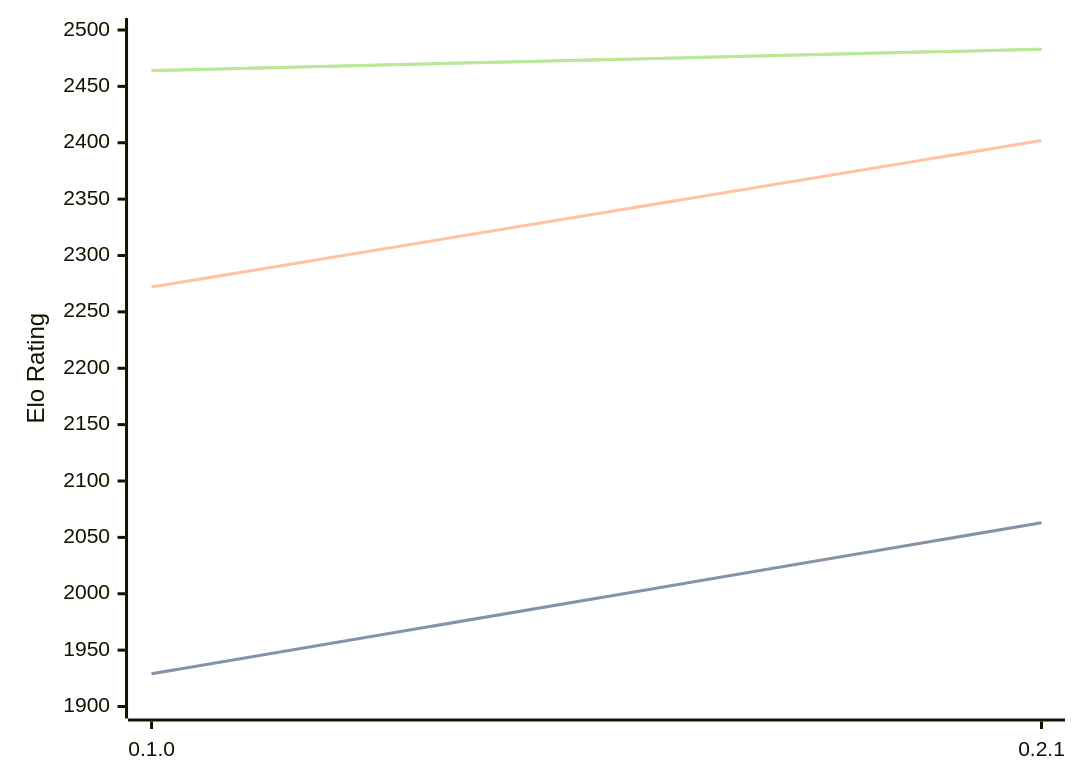
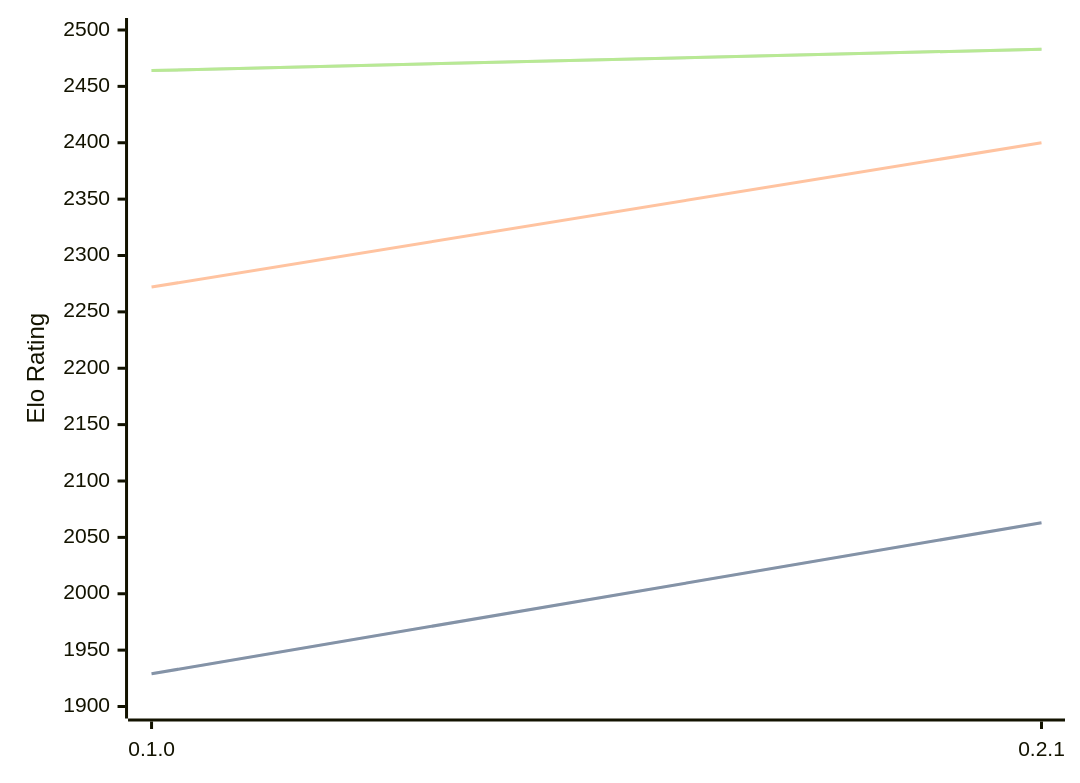
The diagram in engines/Sykora.md (computer-chess-index/cci), drawn with Mermaid before and after one commit. The commit also changed other lines of this file, not shown here.

````diff
--- a/engines/Sykora.md
+++ b/engines/Sykora.md
@@ -33,11 +33,11 @@
 ```mermaid
 %%{init: {"theme":"base","themeVariables":{"seriesColors:['#a3a3a3','#222221','#faa371']}}}%%
 xychart-beta
   x-axis ["0.1.0", "0.2.1"]
   y-axis "Elo Rating" 1900 --> 2500
   line "STC (8.0+0.08s)" [1929, 2063]
   line "STC (8.0+0.08s)" [1929, 2063]
-  line "LTC (60.0+0.60s)" [2272, 2402]
+  line "LTC (60.0+0.60s)" [2272, 2400]
   line "VLTC (2m24s+1.12s)" [2464, 2483]
   line "VLTC (2m24s+1.12s)" [2464, 2483]
 ```
````
